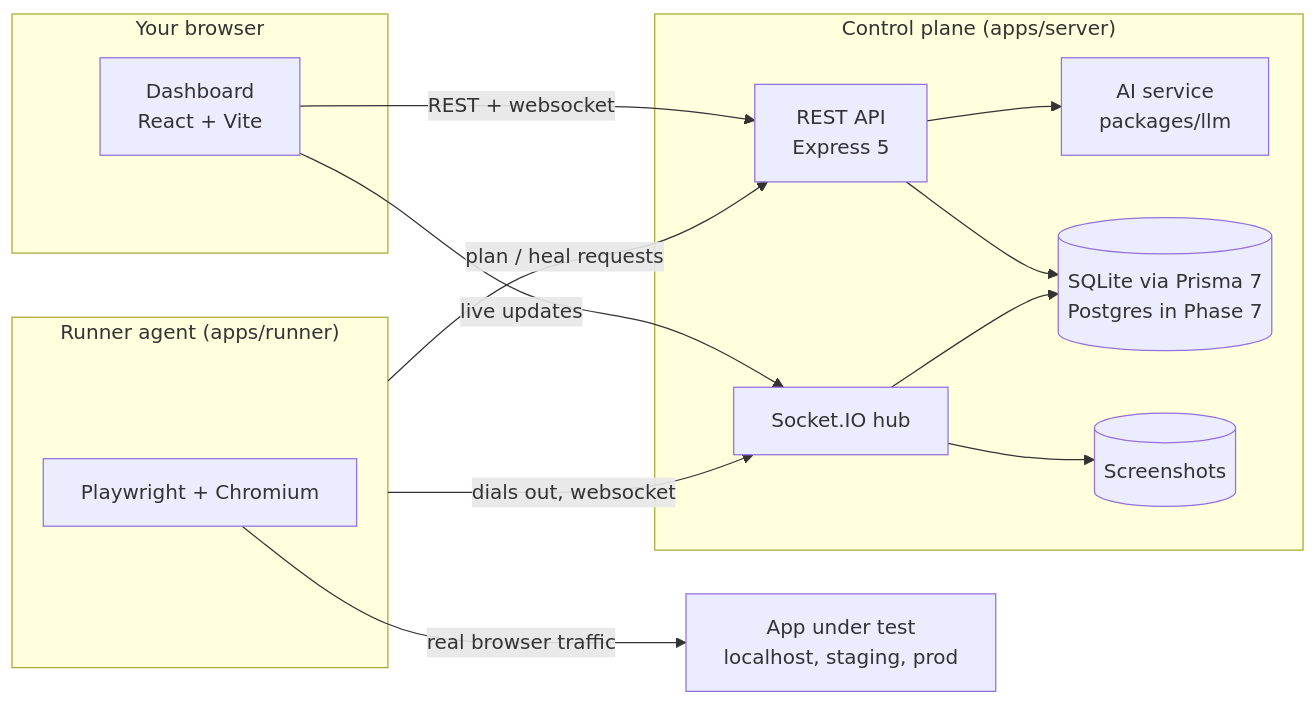
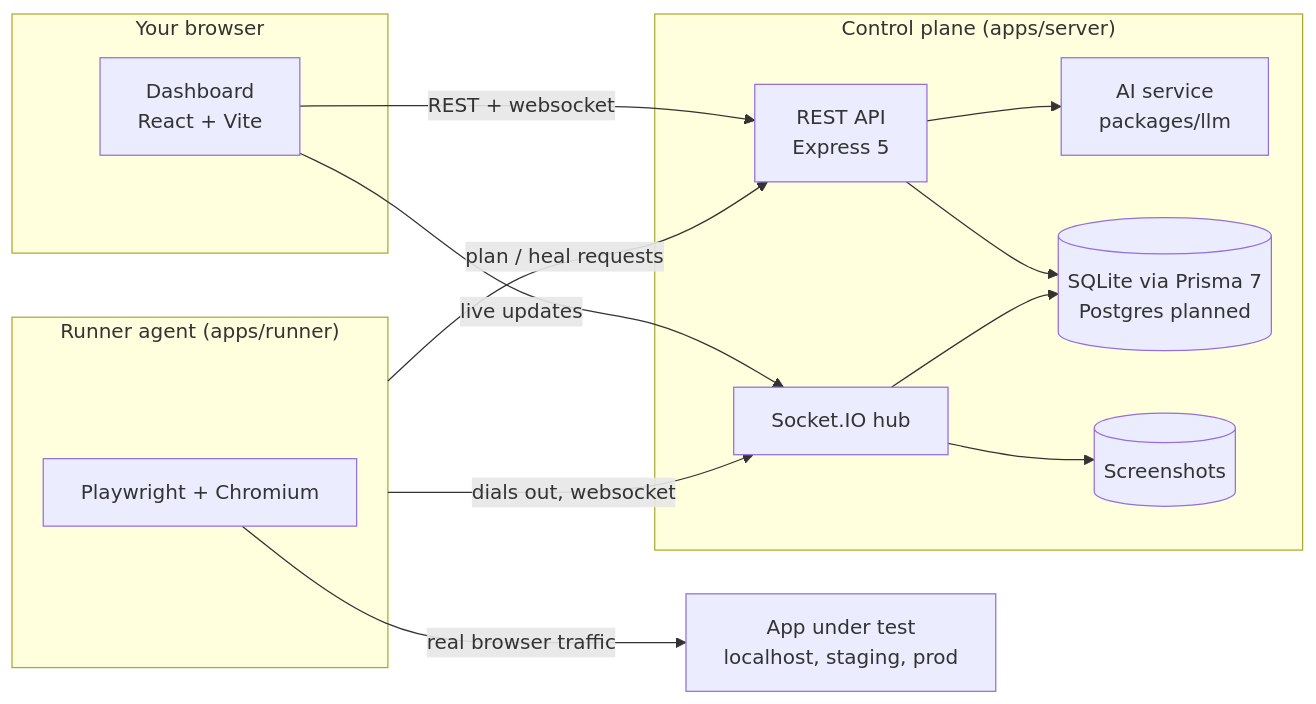
Before and after one commit to Abhishek-dotcom15/Ghost-IQ: the first of 3 diagrams in docs/ARCHITECTURE.md, drawn with Mermaid. The commit also changed other lines of this file and 43 other files, not shown here.

````diff
--- a/docs/ARCHITECTURE.md
+++ b/docs/ARCHITECTURE.md
@@ -5,27 +5,27 @@
 ```mermaid
 flowchart LR
   subgraph Browser["Your browser"]
     D[Dashboard<br/>React + Vite]
   end
   subgraph CP["Control plane (apps/server)"]
     API[REST API<br/>Express 5]
     WS[Socket.IO hub]
     AI[AI service<br/>packages/llm]
-    DB[(SQLite via Prisma 7<br/>Postgres in Phase 7)]
+    DB[(SQLite via Prisma 7<br/>Postgres planned)]
     FS[(Screenshots)]
   end
   subgraph R["Runner agent (apps/runner)"]
     PW[Playwright + Chromium]
   end
   T[App under test<br/>localhost, staging, prod]
 
   D -- REST + websocket --> API
   D -- live updates --> WS
   R -- dials out, websocket --> WS
   R -- plan / heal requests --> API
   API --> AI
   API --> DB
   WS --> DB
   WS --> FS
   PW -- real browser traffic --> T
 ```
````
